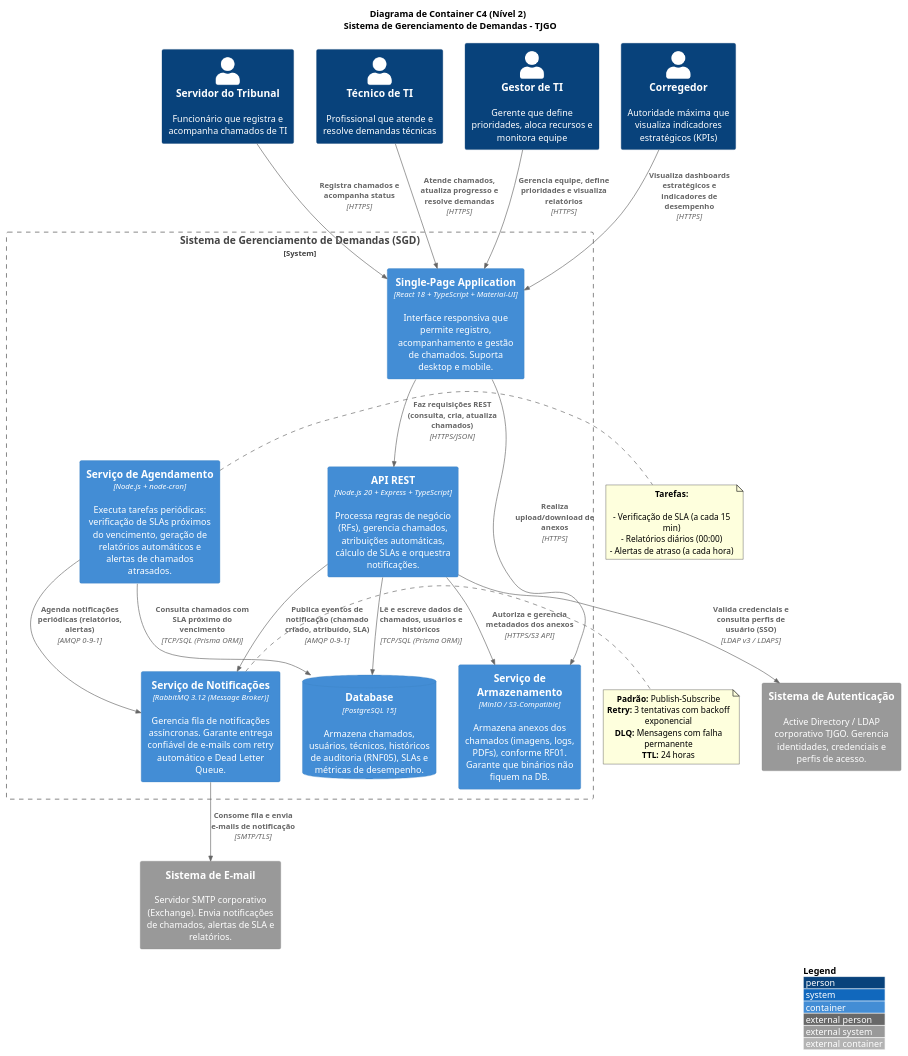
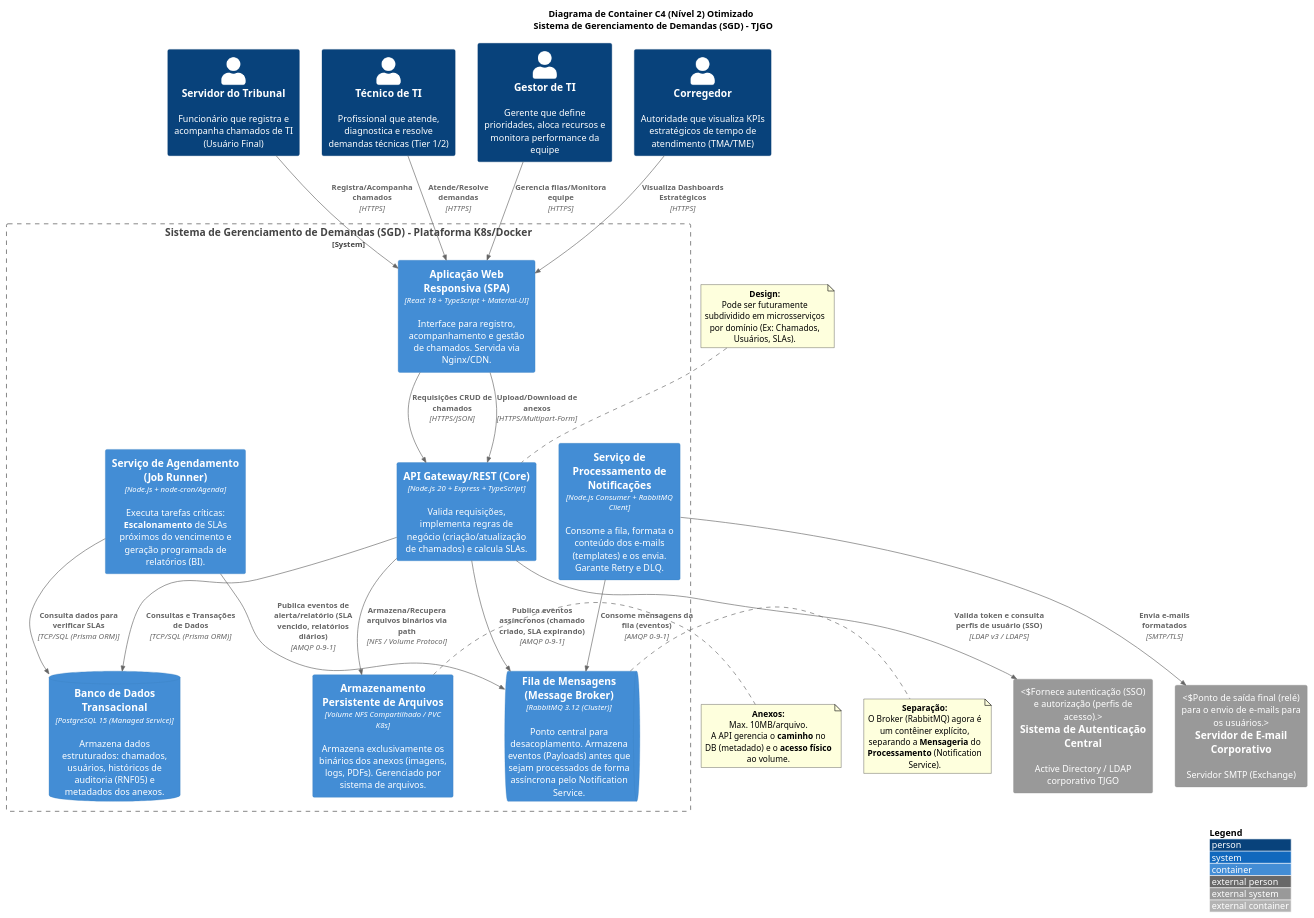
The diagram in Artefato 2 - Diagrama de Container (C4)/README.md (victor-alexandre/TJGO-Projeto-Software), drawn with PlantUML before and after one commit.

Commit message:
refactor: ajusta diagrama de Container

```diff
--- a/Artefato 2 - Diagrama de Container (C4)/README.md
+++ b/Artefato 2 - Diagrama de Container (C4)/README.md
@@ -3,81 +3,82 @@
 
 LAYOUT_WITH_LEGEND()
 
-title Diagrama de Container C4 (Nível 2) \n Sistema de Gerenciamento de Demandas - TJGO
+title Diagrama de Container C4 (Nível 2) Otimizado \n Sistema de Gerenciamento de Demandas (SGD) - TJGO
 
 ' ===== ATORES (PESSOAS) =====
-Person(servidor, "Servidor do Tribunal", "Funcionário que registra e acompanha chamados de TI")
-Person(tecnico, "Técnico de TI", "Profissional que atende e resolve demandas técnicas")
-Person(gestor_ti, "Gestor de TI", "Gerente que define prioridades, aloca recursos e monitora equipe")
-Person(corregedor, "Corregedor", "Autoridade máxima que visualiza indicadores estratégicos (KPIs)")
+Person(servidor, "Servidor do Tribunal", "Funcionário que registra e acompanha chamados de TI (Usuário Final)")
+Person(tecnico, "Técnico de TI", "Profissional que atende, diagnostica e resolve demandas técnicas (Tier 1/2)")
+Person(gestor_ti, "Gestor de TI", "Gerente que define prioridades, aloca recursos e monitora performance da equipe")
+Person(corregedor, "Corregedor", "Autoridade que visualiza KPIs estratégicos de tempo de atendimento (TMA/TME)")
 
 ' ===== BOUNDARY DO SISTEMA =====
-System_Boundary(sgd, "Sistema de Gerenciamento de Demandas (SGD)") {
+System_Boundary(sgd, "Sistema de Gerenciamento de Demandas (SGD) - Plataforma K8s/Docker") {
 
     ' Container 1: Frontend
-    Container(spa, "Single-Page Application", "React 18 + TypeScript + Material-UI", "Interface responsiva que permite registro, acompanhamento e gestão de chamados. Suporta desktop e mobile.")
+    Container(spa, "Aplicação Web Responsiva (SPA)", "React 18 + TypeScript + Material-UI", "Interface para registro, acompanhamento e gestão de chamados. Servida via Nginx/CDN.")
 
-    ' Container 2: Backend API
-    Container(api, "API REST", "Node.js 20 + Express + TypeScript", "Processa regras de negócio (RFs), gerencia chamados, atribuições automáticas, cálculo de SLAs e orquestra notificações.")
+    ' Container 2: Backend API (Core do Negócio)
+    Container(api, "API Gateway/REST (Core)", "Node.js 20 + Express + TypeScript", "Valida requisições, implementa regras de negócio (criação/atualização de chamados) e calcula SLAs.")
 
     ' Container 3: Banco de Dados
-    ContainerDb(db, "Database", "PostgreSQL 15", "Armazena chamados, usuários, técnicos, históricos de auditoria (RNF05), SLAs e métricas de desempenho.")
+    ContainerDb(db, "Banco de Dados Transacional", "PostgreSQL 15 (Managed Service)", "Armazena dados estruturados: chamados, usuários, históricos de auditoria (RNF05) e metadados dos anexos.")
 
-    ' Container 4: Scheduler
-    Container(scheduler, "Serviço de Agendamento", "Node.js + node-cron", "Executa tarefas periódicas: verificação de SLAs próximos do vencimento, geração de relatórios automáticos e alertas de chamados atrasados.")
+    ' Container 4: Scheduler (Serviço Cron)
+    Container(scheduler, "Serviço de Agendamento (Job Runner)", "Node.js + node-cron/Agenda", "Executa tarefas críticas: **Escalonamento** de SLAs próximos do vencimento e geração programada de relatórios (BI).")
 
-    ' Container 5: Notification Service
-    Container(notification, "Serviço de Notificações", "RabbitMQ 3.12 (Message Broker)", "Gerencia fila de notificações assíncronas. Garante entrega confiável de e-mails com retry automático e Dead Letter Queue.")
+    ' Container 5: Notification Service (Microsserviço Assíncrono)
+    Container(notification, "Serviço de Processamento de Notificações", "Node.js Consumer + RabbitMQ Client", "Consome a fila, formata o conteúdo dos e-mails (templates) e os envia. Garante Retry e DLQ.")
 
-    ' Container 6: Blob Storage
-    Container(blob_storage, "Serviço de Armazenamento", "MinIO / S3-Compatible", "Armazena anexos dos chamados (imagens, logs, PDFs), conforme RF01. Garante que binários não fiquem na DB.")
+    ' Container 6: Message Broker
+    ContainerQueue(broker, "Fila de Mensagens (Message Broker)", "RabbitMQ 3.12 (Cluster)", "Ponto central para desacoplamento. Armazena eventos (Payloads) antes que sejam processados de forma assíncrona pelo Notification Service.")
+
+    ' Container 7: File Storage (Armazenamento de Binários)
+    Container(file_storage, "Armazenamento Persistente de Arquivos", "Volume NFS Compartilhado / PVC K8s", "Armazena exclusivamente os binários dos anexos (imagens, logs, PDFs). Gerenciado por sistema de arquivos.")
 
 }
 
 ' ===== SISTEMAS EXTERNOS =====
-System_Ext(auth_system, "Sistema de Autenticação", "Active Directory / LDAP corporativo TJGO. Gerencia identidades, credenciais e perfis de acesso.")
-System_Ext(email_system, "Sistema de E-mail", "Servidor SMTP corporativo (Exchange). Envia notificações de chamados, alertas de SLA e relatórios.")
+System_Ext(auth_system, "Sistema de Autenticação Central", "Active Directory / LDAP corporativo TJGO", "Fornece autenticação (SSO) e autorização (perfis de acesso).")
+System_Ext(email_system, "Servidor de E-mail Corporativo", "Servidor SMTP (Exchange)", "Ponto de saída final (relé) para o envio de e-mails para os usuários.")
 
 ' ===== RELACIONAMENTOS: ATORES → SISTEMA =====
-Rel(servidor, spa, "Registra chamados e acompanha status", "HTTPS")
-Rel(tecnico, spa, "Atende chamados, atualiza progresso e resolve demandas", "HTTPS")
-Rel(gestor_ti, spa, "Gerencia equipe, define prioridades e visualiza relatórios", "HTTPS")
-Rel(corregedor, spa, "Visualiza dashboards estratégicos e indicadores de desempenho", "HTTPS")
+Rel(servidor, spa, "Registra/Acompanha chamados", "HTTPS")
+Rel(tecnico, spa, "Atende/Resolve demandas", "HTTPS")
+Rel(gestor_ti, spa, "Gerencia filas/Monitora equipe", "HTTPS")
+Rel(corregedor, spa, "Visualiza Dashboards Estratégicos", "HTTPS")
 
-' ===== RELACIONAMENTOS: CONTAINERS INTERNOS =====
-Rel(spa, api, "Faz requisições REST (consulta, cria, atualiza chamados)", "HTTPS/JSON")
-Rel(api, db, "Lê e escreve dados de chamados, usuários e históricos", "TCP/SQL (Prisma ORM)")
-Rel(api, notification, "Publica eventos de notificação (chamado criado, atribuído, SLA)", "AMQP 0-9-1")
+' ===== RELACIONAMENTOS: CONTAINERS INTERNOS (Fluxo de Dados Otimizado) =====
+Rel(spa, api, "Requisições CRUD de chamados", "HTTPS/JSON")
+Rel(api, db, "Consultas e Transações de Dados", "TCP/SQL (Prisma ORM)")
 
-Rel(scheduler, db, "Consulta chamados com SLA próximo do vencimento", "TCP/SQL (Prisma ORM)")
-Rel(scheduler, notification, "Agenda notificações periódicas (relatórios, alertas)", "AMQP 0-9-1")
+' --- Fluxo de Notificações (API publica, Broker armazena, Notification consome) ---
+Rel(api, broker, "Publica eventos assíncronos (chamado criado, SLA expirando)", "AMQP 0-9-1")
+Rel(scheduler, broker, "Publica eventos de alerta/relatório (SLA vencido, relatórios diários)", "AMQP 0-9-1")
+Rel(notification, broker, "Consome mensagens da fila (eventos)", "AMQP 0-9-1")
+Rel(notification, email_system, "Envia e-mails formatados", "SMTP/TLS")
 
-Rel(notification, email_system, "Consome fila e envia e-mails de notificação", "SMTP/TLS")
+' --- Fluxo de Arquivos (API como Proxy Único e Ponto de Autorização) ---
+Rel(api, file_storage, "Armazena/Recupera arquivos binários via path", "NFS / Volume Protocol")
+Rel(spa, api, "Upload/Download de anexos", "HTTPS/Multipart-Form")
 
-' ===== RELACIONAMENTOS: SISTEMA → EXTERNOS =====
-Rel(api, auth_system, "Valida credenciais e consulta perfis de usuário (SSO)", "LDAP v3 / LDAPS")
+' --- Relacionamentos de Suporte/Configuração ---
+Rel(scheduler, db, "Consulta dados para verificar SLAs", "TCP/SQL (Prisma ORM)")
+Rel(api, auth_system, "Valida token e consulta perfis de usuário (SSO)", "LDAP v3 / LDAPS")
 
-' A API gerencia os metadados e autoriza o acesso aos anexos
-Rel(api, blob_storage, "Autoriza e gerencia metadados dos anexos", "HTTPS/S3 API")
-
-' O usuário (SPA) pode fazer o upload/download diretamente para o storage
-' após ser autorizado pela API (usando URLs pré-assinadas)
-Rel(spa, blob_storage, "Realiza upload/download de anexos", "HTTPS")
-
-' ===== NOTAS ARQUITETURAIS =====
-note right of notification
-**Padrão:** Publish-Subscribe
-**Retry:** 3 tentativas com backoff exponencial
-**DLQ:** Mensagens com falha permanente
-**TTL:** 24 horas
+' ===== NOTAS ARQUITETURAIS PARA MAIOR CLAREZA =====
+note right of broker
+**Separação:**
+O Broker (RabbitMQ) agora é um contêiner explícito, separando a **Mensageria** do **Processamento** (Notification Service).
 end note
 
-note right of scheduler
-**Tarefas:**
+note right of file_storage
+**Anexos:**
+Max. 10MB/arquivo.
+A API gerencia o **caminho** no DB (metadado) e o **acesso físico** ao volume.
+end note
 
-- Verificação de SLA (a cada 15 min)
-- Relatórios diários (00:00)
-- Alertas de atraso (a cada hora)
-  end note
-
+note top of api
+**Design:**
+Pode ser futuramente subdividido em microsserviços por domínio (Ex: Chamados, Usuários, SLAs).
+end note
 @enduml
```
